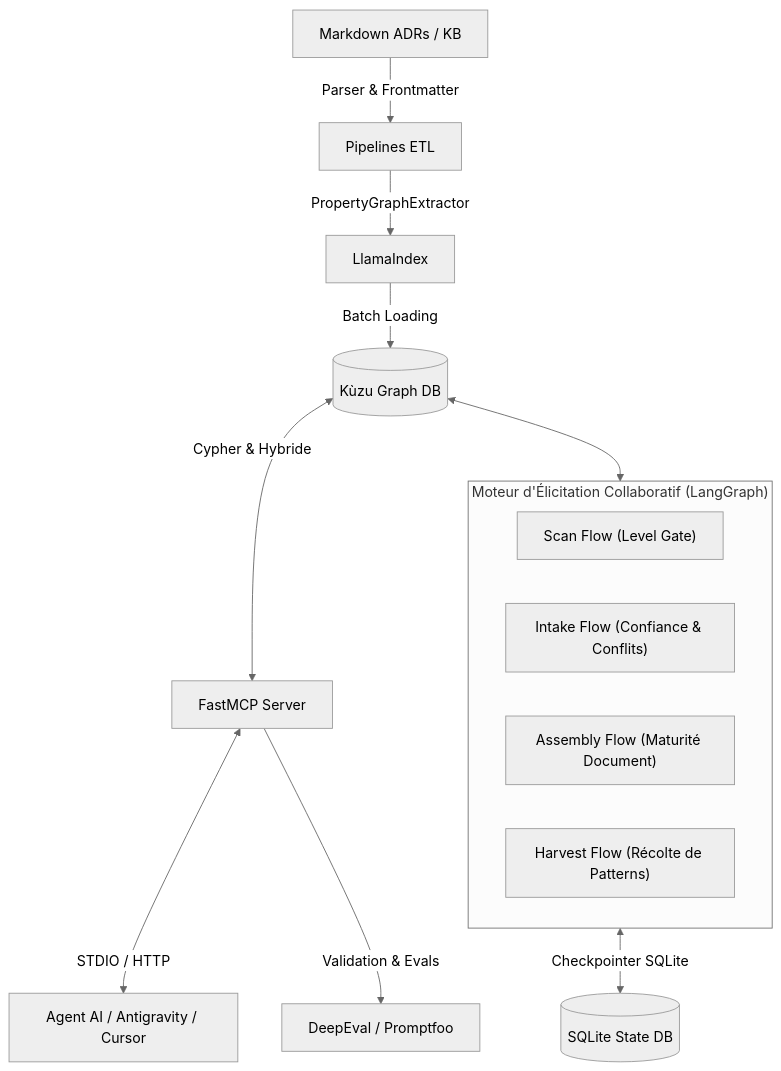
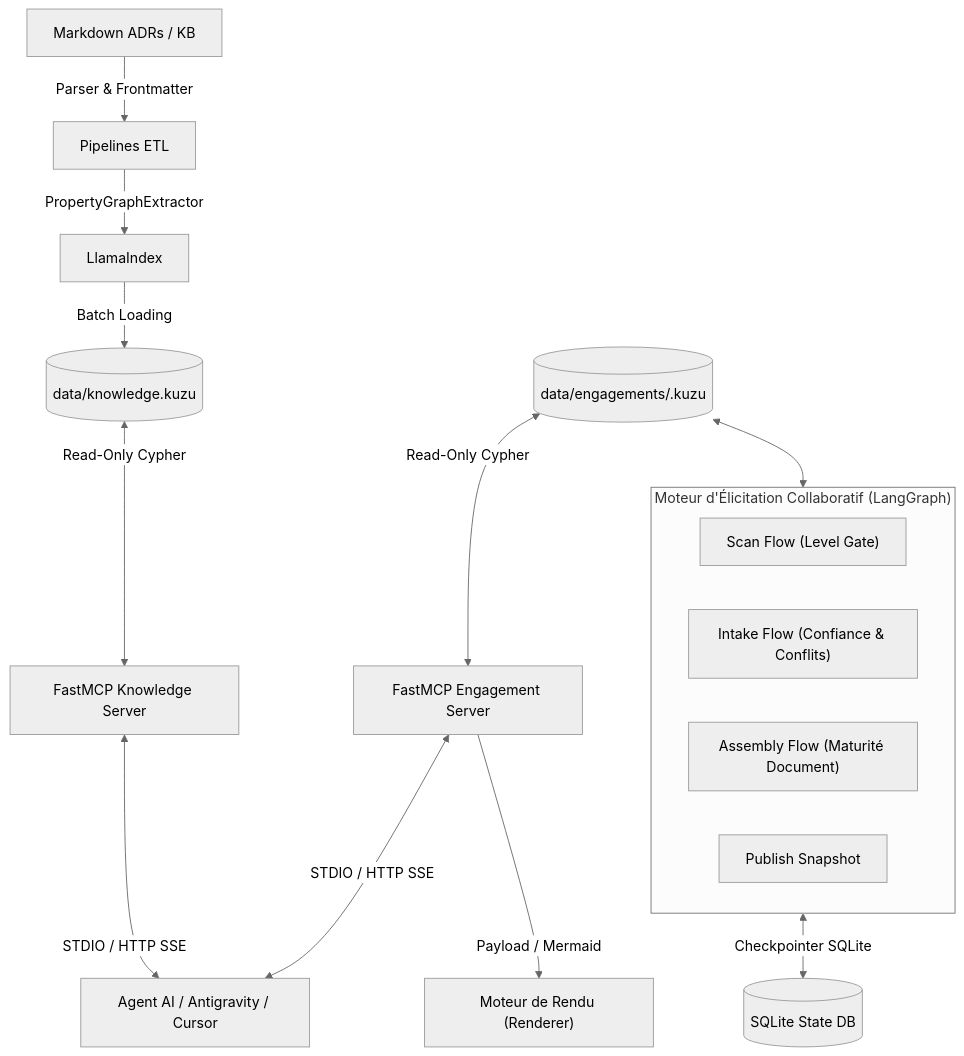
The diagram in README.md (MauriceIsrael/LLMOps), drawn with Mermaid (neutral theme) before and after one commit. The commit also changed other lines of this file, not shown here.

Commit message:
docs: update README.md with explicit renderer interface link and ADR-0015 structure

````diff
--- a/README.md
+++ b/README.md
@@ -21,19 +31,23 @@
 ```mermaid
 graph TD
     A["Markdown ADRs / KB"] -->|Parser & Frontmatter| B["Pipelines ETL"]
     B -->|PropertyGraphExtractor| C["LlamaIndex"]
-    C -->|Batch Loading| D[("Kùzu Graph DB")]
+    C -->|Batch Loading| D1[("data/knowledge.kuzu")]
     
     subgraph Elicitation ["Moteur d'Élicitation Collaboratif (LangGraph)"]
         E1["Scan Flow (Level Gate)"]
         E2["Intake Flow (Confiance & Conflits)"]
         E3["Assembly Flow (Maturité Document)"]
-        E4["Harvest Flow (Récolte de Patterns)"]
+        E4["Publish Snapshot"]
     end
 
-    D <--> Elicitation
+    D2[("data/engagements/<id>.kuzu")] <--> Elicitation
     Elicitation <-->|Checkpointer SQLite| S[("SQLite State DB")]
-    D <-->|Cypher & Hybride| F["FastMCP Server"]
-    F <-->|STDIO / HTTP| G["Agent AI / Antigravity / Cursor"]
-    F -->|Validation & Evals| H["DeepEval / Promptfoo"]
+    
+    D1 <-->|Read-Only Cypher| F1["FastMCP Knowledge Server"]
+    D2 <-->|Read-Only Cypher| F2["FastMCP Engagement Server"]
+    
+    F1 <-->|STDIO / HTTP SSE| G["Agent AI / Antigravity / Cursor"]
+    F2 <-->|STDIO / HTTP SSE| G
+    F2 -->|Payload / Mermaid| R["Moteur de Rendu (Renderer)"]
 ```
````
